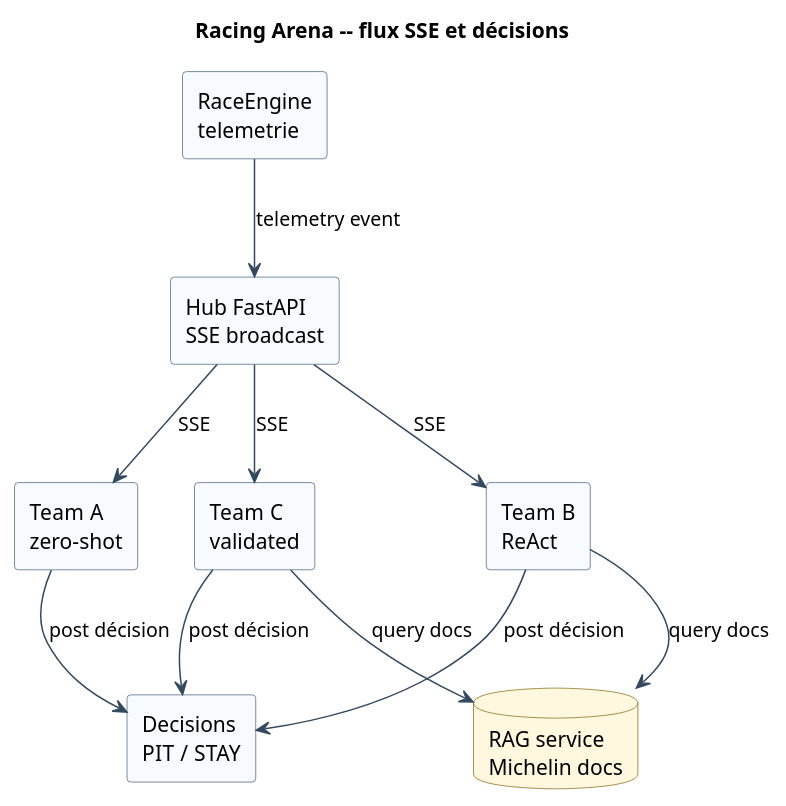
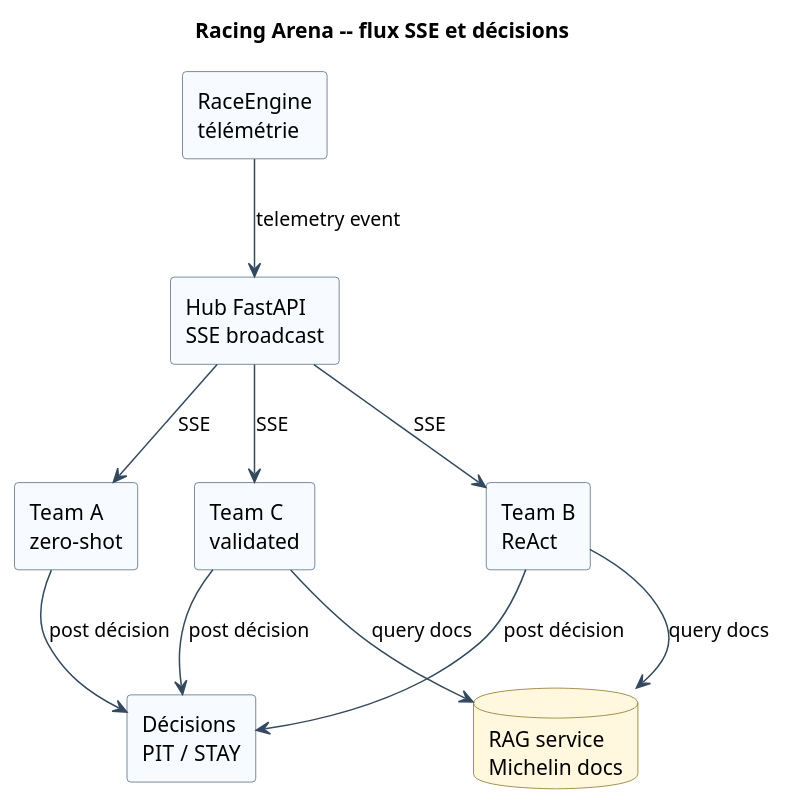
One commit to Michelin-Ensimag/Bibops-michelin-ensimag-aginux changed the diagram in docs/report/diagrams/racing_flux.puml. Above: the diagram before and after it, drawn with PlantUML. The commit also changed 17 other files, not shown here.

```diff
--- a/docs/report/diagrams/racing_flux.puml
+++ b/docs/report/diagrams/racing_flux.puml
@@ -1,36 +1,36 @@
 @startuml
 skinparam shadowing false
 skinparam defaultFontName Helvetica
 skinparam componentStyle rectangle
 skinparam component {
   BackgroundColor #F7FAFF
   BorderColor #506780
 }
 skinparam database {
   BackgroundColor #FFF8DF
   BorderColor #8A6D1D
 }
 skinparam ArrowColor #34495E
 
 title Racing Arena -- flux SSE et décisions
 
-component "RaceEngine\ntelemetrie" as Engine
+component "RaceEngine\ntélémétrie" as Engine
 component "Hub FastAPI\nSSE broadcast" as Hub
 component "Team A\nzero-shot" as TeamA
 component "Team B\nReAct" as TeamB
 component "Team C\nvalidated" as TeamC
 database "RAG service\nMichelin docs" as Rag
-component "Decisions\nPIT / STAY" as Decisions
+component "Décisions\nPIT / STAY" as Decisions
 
 Engine --> Hub : telemetry event
 Hub --> TeamA : SSE
 Hub --> TeamB : SSE
 Hub --> TeamC : SSE
 
 TeamB --> Rag : query docs
 TeamC --> Rag : query docs
 
 TeamA --> Decisions : post décision
 TeamB --> Decisions : post décision
 TeamC --> Decisions : post décision
 @enduml
```
